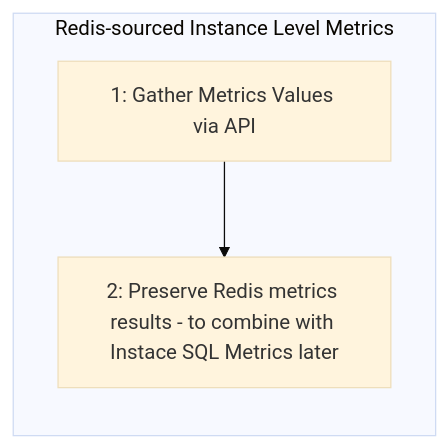
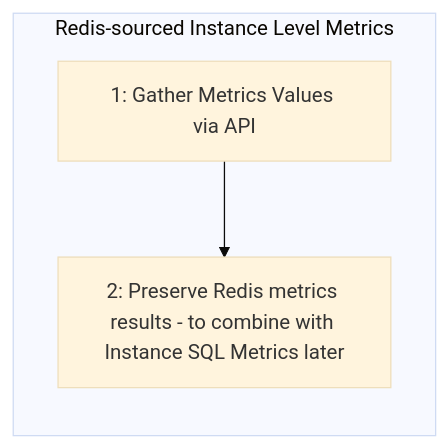
One commit to secretstartups/handbook changed the third of 6 diagrams in business-technology/data-team/data-catalog/saas-service-ping-automation/index.html.md. Above: the diagram before and after it, drawn with Mermaid (base theme). The commit also changed other lines of this file and 4 other files, not shown here.

````diff
--- a/business-technology/data-team/data-catalog/saas-service-ping-automation/index.html.md
+++ b/business-technology/data-team/data-catalog/saas-service-ping-automation/index.html.md
@@ -109,6 +121,6 @@
 ```mermaid
 graph LR
 subgraph Redis-sourced Instance Level Metrics
-B[1: Gather Metrics Values via API] --> C[2: Preserve Redis metrics results - to combine with Instace SQL Metrics later]
+B[1: Gather Metrics Values via API] --> C[2: Preserve Redis metrics results - to combine with Instance SQL Metrics later]
 end
 ```
````
